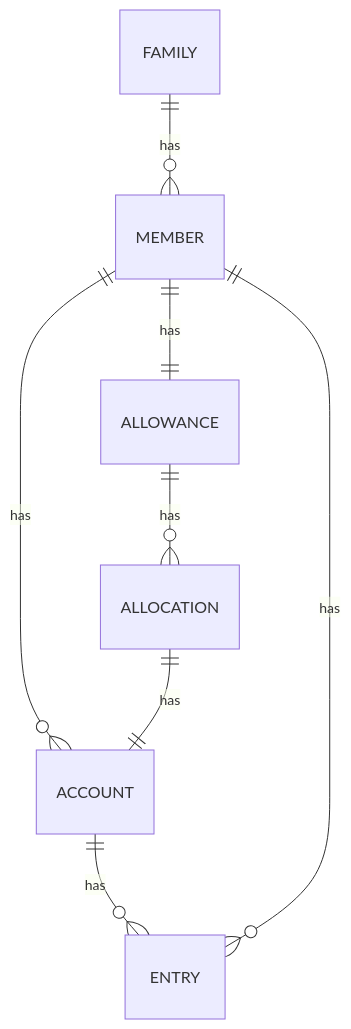
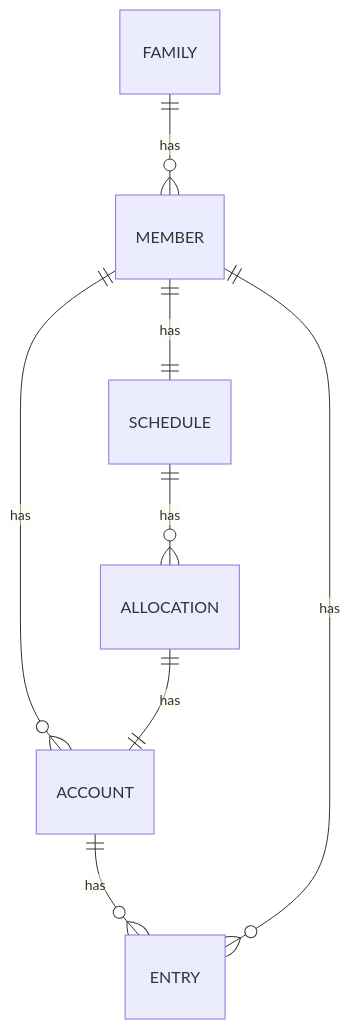
One commit to ksimard/mymoney changed the diagram in README.md. Above: the diagram before and after it, drawn with Mermaid.

````diff
--- a/README.md
+++ b/README.md
@@ -5,10 +5,10 @@
 ```mermaid
 erDiagram
   FAMILY ||--o{ MEMBER : has
   MEMBER ||--o{ ACCOUNT : has
   ACCOUNT ||--o{ ENTRY : has
   MEMBER ||--o{ ENTRY : has
-  MEMBER ||--|| ALLOWANCE : has
-  ALLOWANCE ||--o{ ALLOCATION : has
+  MEMBER ||--|| SCHEDULE : has
+  SCHEDULE ||--o{ ALLOCATION : has
   ALLOCATION ||--|| ACCOUNT : has
 ```
````
